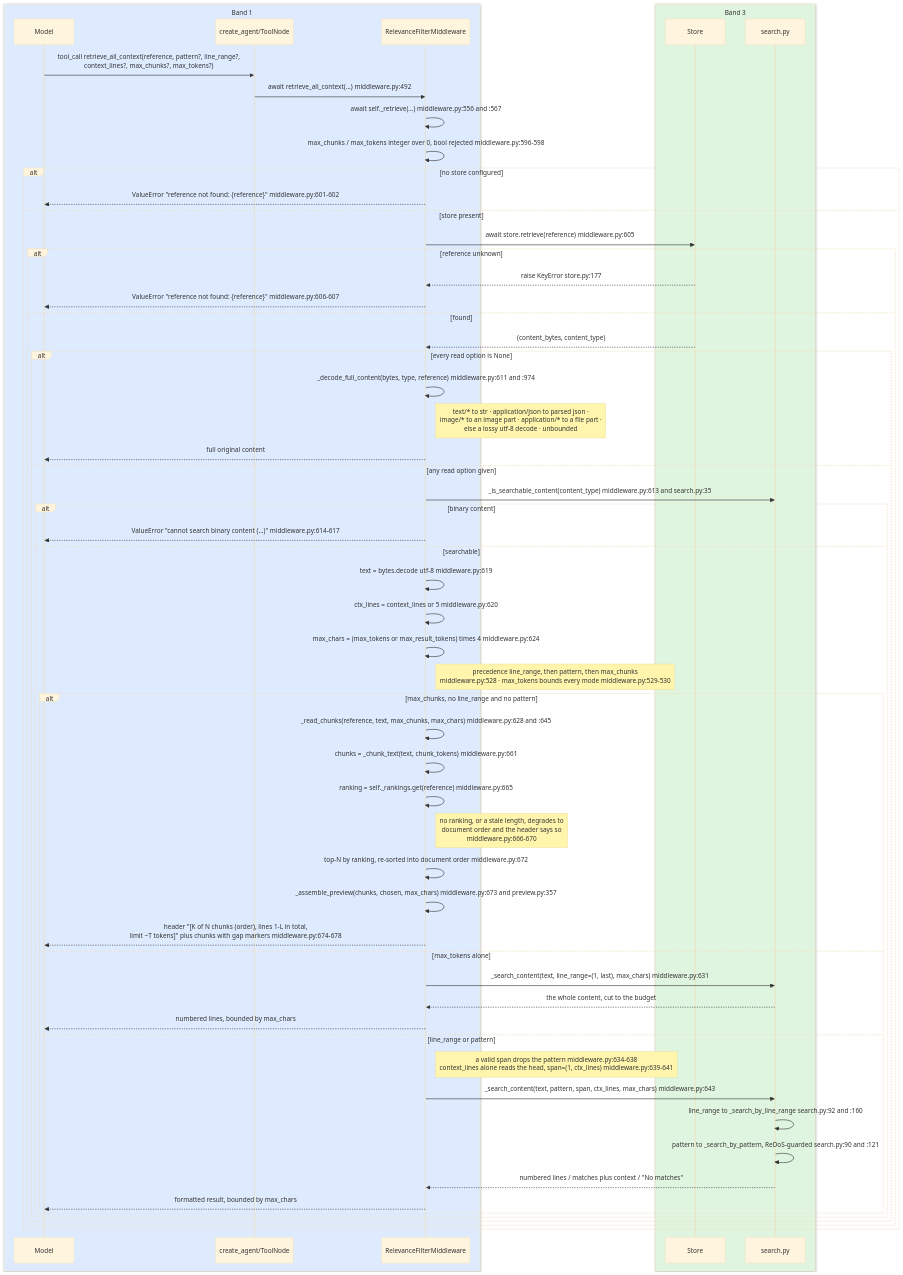
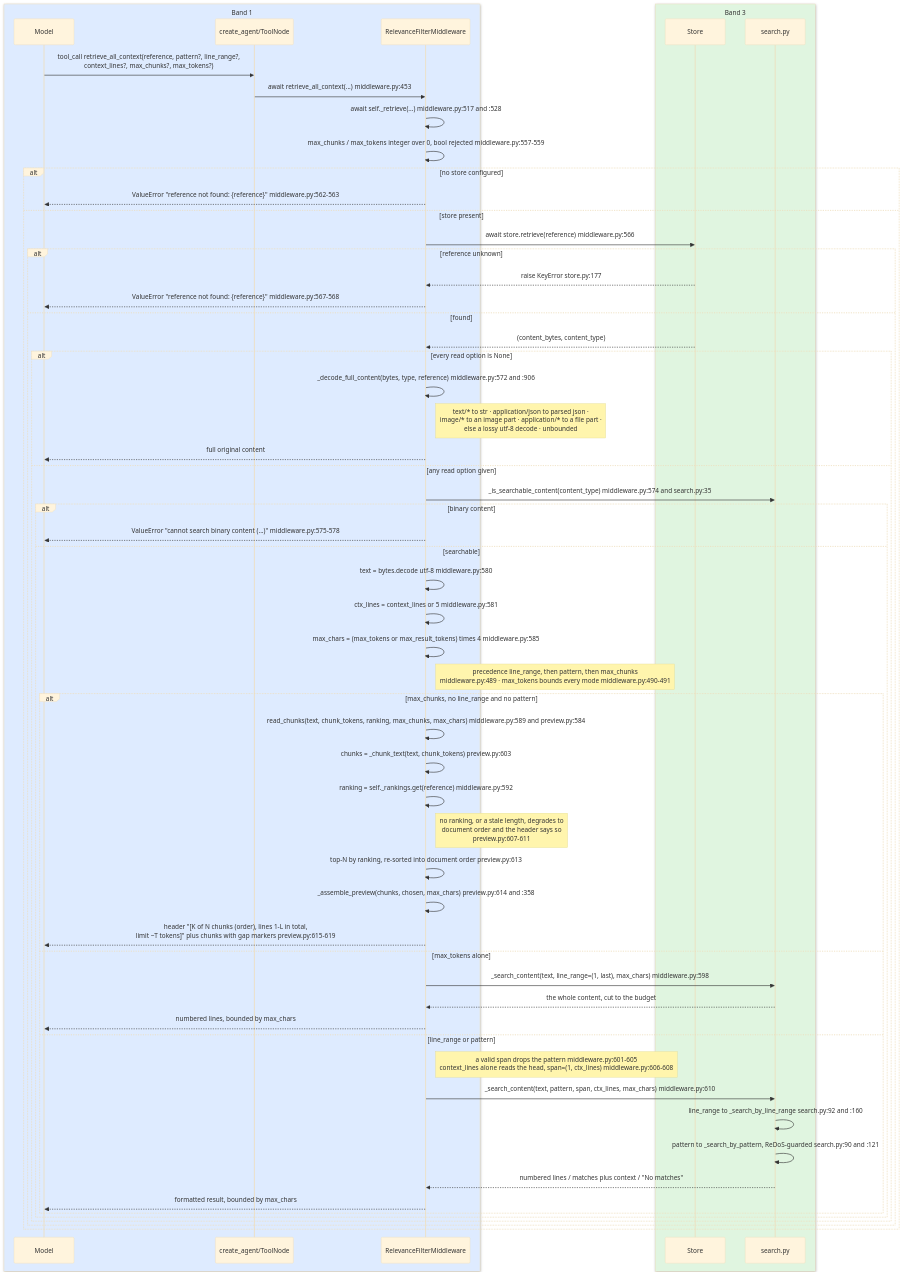
The third of 4 diagrams in docs/design/sequence/langgraph/sequence-a-relevance.md (aws-samples/sample-context-engineering), drawn with Mermaid (base theme) before and after one commit. The commit also changed other lines of this file and 3 other files, not shown here.

First line of the commit message:
docs(langgraph): re-point the sequence-doc refs this branch moved

````diff
--- a/docs/design/sequence/langgraph/sequence-a-relevance.md
+++ b/docs/design/sequence/langgraph/sequence-a-relevance.md
@@ -315,63 +318,63 @@
 ```mermaid
 sequenceDiagram
     box rgb(222,235,255) Band 1
         participant Model
         participant Agent as create_agent/ToolNode
         participant MW as RelevanceFilterMiddleware
     end
     box rgb(224,245,224) Band 3
         participant Store as Store
         participant Search as search.py
     end
 
     Model->>Agent: tool_call retrieve_all_context(reference, pattern?, line_range?,<br/>context_lines?, max_chunks?, max_tokens?)
-    Agent->>MW: await retrieve_all_context(...)  middleware.py:492
-    MW->>MW: await self._retrieve(...)  middleware.py:556 and :567
-    MW->>MW: max_chunks / max_tokens integer over 0, bool rejected  middleware.py:596-598
+    Agent->>MW: await retrieve_all_context(...)  middleware.py:453
+    MW->>MW: await self._retrieve(...)  middleware.py:517 and :528
+    MW->>MW: max_chunks / max_tokens integer over 0, bool rejected  middleware.py:557-559
     alt no store configured
-        MW-->>Model: ValueError "reference not found: {reference}"  middleware.py:601-602
+        MW-->>Model: ValueError "reference not found: {reference}"  middleware.py:562-563
     else store present
-        MW->>Store: await store.retrieve(reference)  middleware.py:605
+        MW->>Store: await store.retrieve(reference)  middleware.py:566
         alt reference unknown
             Store-->>MW: raise KeyError  store.py:177
-            MW-->>Model: ValueError "reference not found: {reference}"  middleware.py:606-607
+            MW-->>Model: ValueError "reference not found: {reference}"  middleware.py:567-568
         else found
             Store-->>MW: (content_bytes, content_type)
             alt every read option is None
-                MW->>MW: _decode_full_content(bytes, type, reference)  middleware.py:611 and :974
+                MW->>MW: _decode_full_content(bytes, type, reference)  middleware.py:572 and :906
                 Note right of MW: text/* to str · application/json to parsed json ·<br/>image/* to an image part · application/* to a file part ·<br/>else a lossy utf-8 decode · unbounded
                 MW-->>Model: full original content
             else any read option given
-                MW->>Search: _is_searchable_content(content_type)  middleware.py:613 and search.py:35
+                MW->>Search: _is_searchable_content(content_type)  middleware.py:574 and search.py:35
                 alt binary content
-                    MW-->>Model: ValueError "cannot search binary content (...)"  middleware.py:614-617
+                    MW-->>Model: ValueError "cannot search binary content (...)"  middleware.py:575-578
                 else searchable
-                    MW->>MW: text = bytes.decode utf-8  middleware.py:619
-                    MW->>MW: ctx_lines = context_lines or 5  middleware.py:620
-                    MW->>MW: max_chars = (max_tokens or max_result_tokens) times 4  middleware.py:624
-                    Note right of MW: precedence line_range, then pattern, then max_chunks<br/>middleware.py:528 · max_tokens bounds every mode  middleware.py:529-530
+                    MW->>MW: text = bytes.decode utf-8  middleware.py:580
+                    MW->>MW: ctx_lines = context_lines or 5  middleware.py:581
+                    MW->>MW: max_chars = (max_tokens or max_result_tokens) times 4  middleware.py:585
+                    Note right of MW: precedence line_range, then pattern, then max_chunks<br/>middleware.py:489 · max_tokens bounds every mode  middleware.py:490-491
                     alt max_chunks, no line_range and no pattern
-                        MW->>MW: _read_chunks(reference, text, max_chunks, max_chars)  middleware.py:628 and :645
-                        MW->>MW: chunks = _chunk_text(text, chunk_tokens)  middleware.py:661
-                        MW->>MW: ranking = self._rankings.get(reference)  middleware.py:665
-                        Note right of MW: no ranking, or a stale length, degrades to<br/>document order and the header says so<br/>middleware.py:666-670
-                        MW->>MW: top-N by ranking, re-sorted into document order  middleware.py:672
-                        MW->>MW: _assemble_preview(chunks, chosen, max_chars)  middleware.py:673 and preview.py:357
-                        MW-->>Model: header "[K of N chunks (order), lines 1-L in total,<br/>limit ~T tokens]" plus chunks with gap markers  middleware.py:674-678
+                        MW->>MW: read_chunks(text, chunk_tokens, ranking, max_chunks, max_chars)  middleware.py:589 and preview.py:584
+                        MW->>MW: chunks = _chunk_text(text, chunk_tokens)  preview.py:603
+                        MW->>MW: ranking = self._rankings.get(reference)  middleware.py:592
+                        Note right of MW: no ranking, or a stale length, degrades to<br/>document order and the header says so<br/>preview.py:607-611
+                        MW->>MW: top-N by ranking, re-sorted into document order  preview.py:613
+                        MW->>MW: _assemble_preview(chunks, chosen, max_chars)  preview.py:614 and :358
+                        MW-->>Model: header "[K of N chunks (order), lines 1-L in total,<br/>limit ~T tokens]" plus chunks with gap markers  preview.py:615-619
                     else max_tokens alone
-                        MW->>Search: _search_content(text, line_range=(1, last), max_chars)  middleware.py:631
+                        MW->>Search: _search_content(text, line_range=(1, last), max_chars)  middleware.py:598
                         Search-->>MW: the whole content, cut to the budget
                         MW-->>Model: numbered lines, bounded by max_chars
                     else line_range or pattern
-                        Note right of MW: a valid span drops the pattern  middleware.py:634-638<br/>context_lines alone reads the head, span=(1, ctx_lines)  middleware.py:639-641
-                        MW->>Search: _search_content(text, pattern, span, ctx_lines, max_chars)  middleware.py:643
+                        Note right of MW: a valid span drops the pattern  middleware.py:601-605<br/>context_lines alone reads the head, span=(1, ctx_lines)  middleware.py:606-608
+                        MW->>Search: _search_content(text, pattern, span, ctx_lines, max_chars)  middleware.py:610
                         Search->>Search: line_range to _search_by_line_range  search.py:92 and :160
                         Search->>Search: pattern to _search_by_pattern, ReDoS-guarded  search.py:90 and :121
                         Search-->>MW: numbered lines / matches plus context / "No matches"
                         MW-->>Model: formatted result, bounded by max_chars
                     end
                 end
             end
         end
     end
 ```
````
